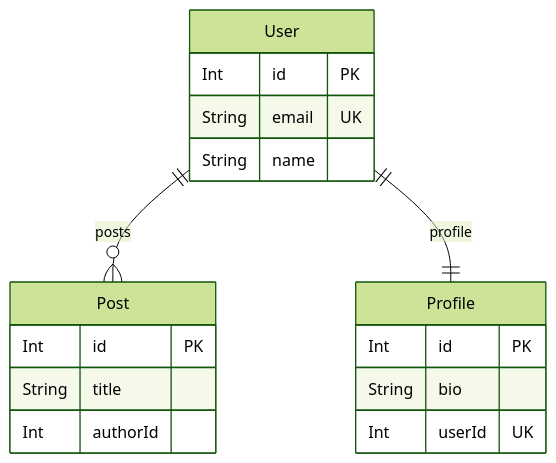
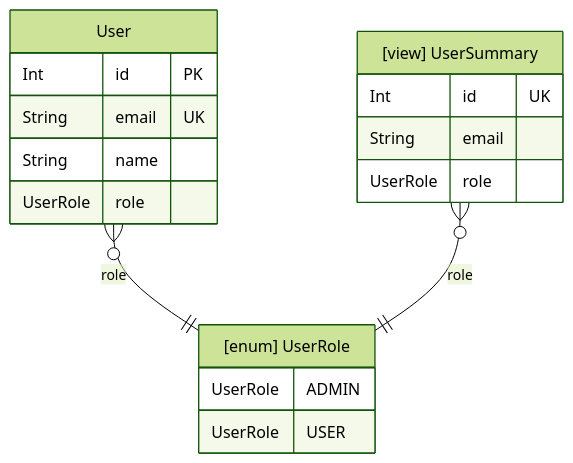
One commit to Matserdam/prisma-neighbourhood changed the diagram in README.md. Above: the diagram before and after it, drawn with Mermaid (forest theme). The commit also changed other lines of this file and 22 other files, not shown here.

First line of the commit message:
feat: add support for views and enums in ERD generation (v0.3.0)

````diff
--- a/README.md
+++ b/README.md
@@ -60,20 +77,20 @@
 ```mermaid
 erDiagram
   User {
     Int id PK
     String email UK
     String name
+    UserRole role
   }
-  Post {
-    Int id PK
-    String title
-    Int authorId
+  "[enum] UserRole" {
+    UserRole ADMIN
+    UserRole USER
   }
-  Profile {
-    Int id PK
-    String bio
-    Int userId UK
+  "[view] UserSummary" {
+    Int id UK
+    String email
+    UserRole role
   }
-  User ||--o{ Post : "posts"
-  User ||--|| Profile : "profile"
+  User }o--|| "[enum] UserRole" : "role"
+  "[view] UserSummary" }o--|| "[enum] UserRole" : "role"
 ```
````
